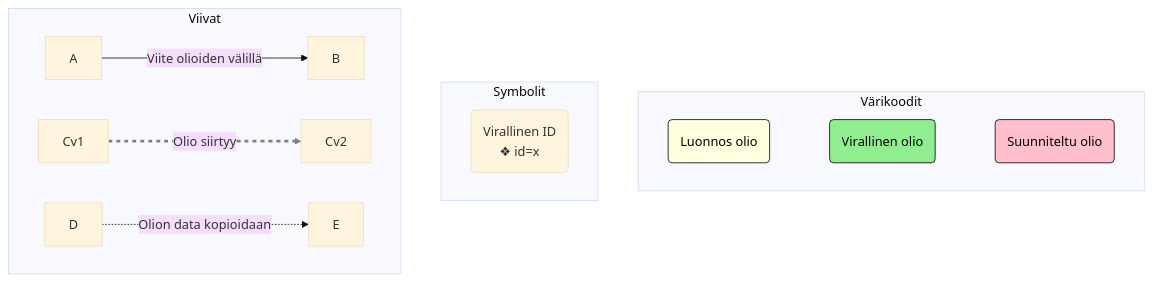
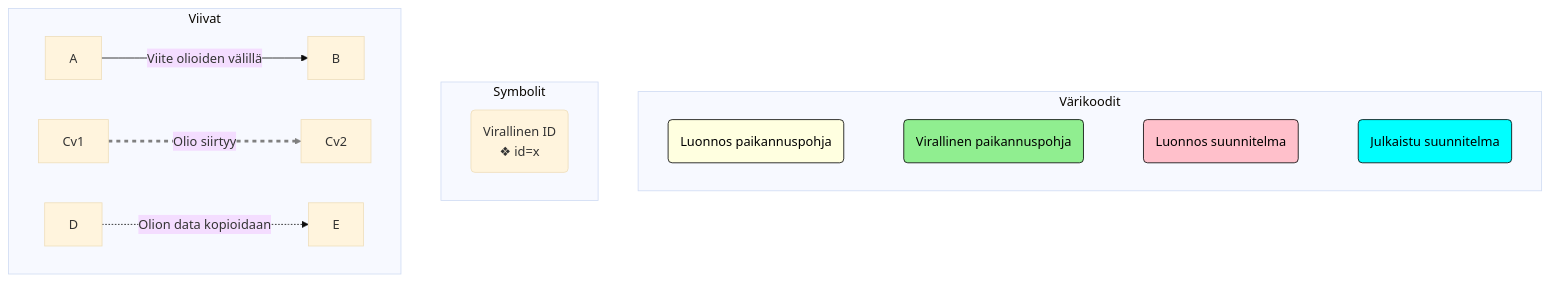
One commit to finnishtransportagency/geoviite changed the first of 5 diagrams in doc/paikannuspohjan_kontekstit.md. Above: the diagram before and after it, drawn with Mermaid (base theme). The commit also changed other lines of this file, not shown here.

````diff
--- a/doc/paikannuspohjan_kontekstit.md
+++ b/doc/paikannuspohjan_kontekstit.md
@@ -68,24 +84,27 @@
 ```mermaid
 graph TD
     subgraph legendColor [Värikoodit]
-        legendDraft(Luonnos olio)
-        legendOfficial(Virallinen olio)
-        legendPlan(Suunniteltu olio)
-        legendDraft ~~~ legendOfficial ~~~ legendPlan
+        legendDraft(Luonnos paikannuspohja)
+        legendOfficial(Virallinen paikannuspohja)
+legendDraftPlan(Luonnos suunnitelma)
+        legendPlan(Julkaistu suunnitelma)
+        legendDraft ~~~ legendOfficial ~~~ legendDraftPlan ~~~ legendPlan
     end
     subgraph legendSymbol [Symbolit]
         legendOfficialId("Virallinen ID\n❖ id=x")
     end
     subgraph legendLine [Viivat]
         A -- Viite olioiden välillä --> B
         Cv1 == Olio siirtyy ==> Cv2
         D -. Olion data kopioidaan .-> E
     end
     classDef draftObject fill: lightyellow, stroke: black, color: black;
     classDef officialObject fill: lightgreen, stroke: black, color: black;
-    classDef planObject fill: pink, stroke: black, color: black;
+    classDef planObject fill: cyan, stroke: black, color: black;
+    classDef draftPlanObject fill: pink, stroke: black, color: black;
     class legendDraft draftObject
     class legendOfficial officialObject
     class legendPlan planObject
-    linkStyle 3 stroke: grey, stroke-dasharray: 5 5
+    class legendDraftPlan draftPlanObject
+    linkStyle 4 stroke: grey, stroke-dasharray: 5 5
 ```
````
